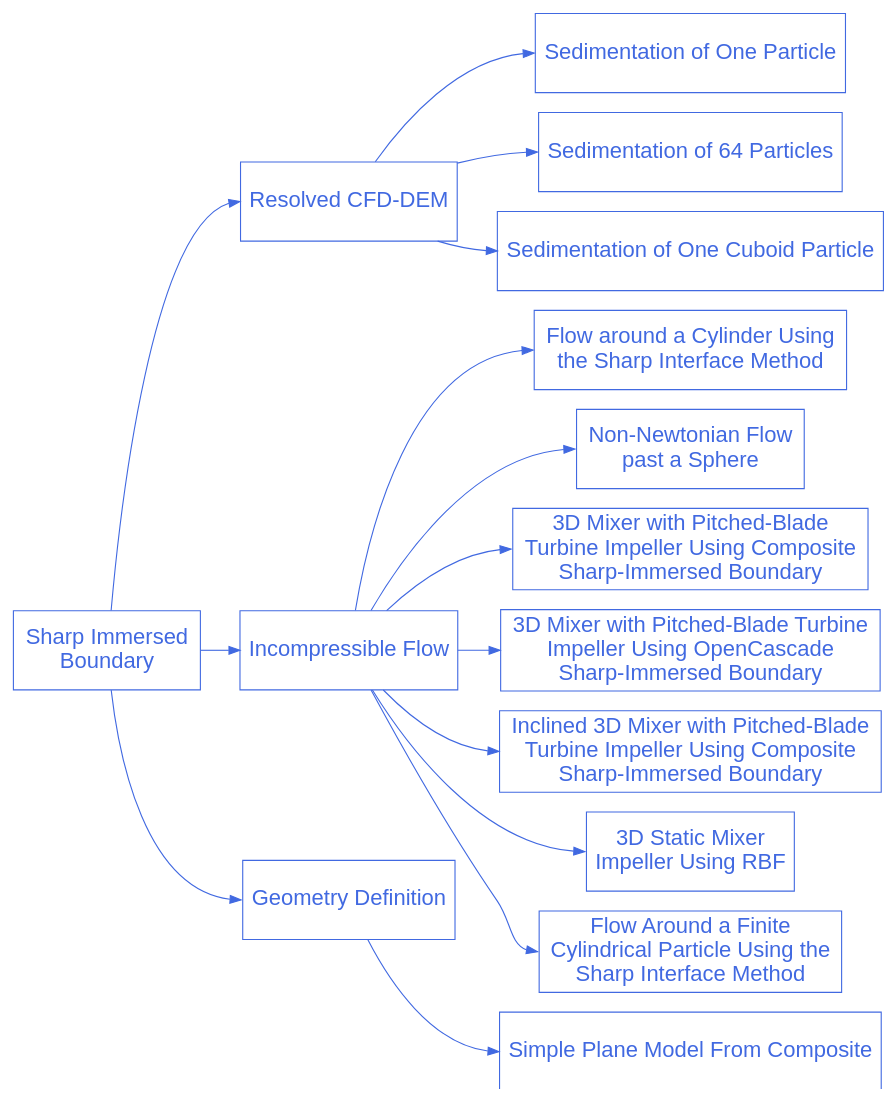
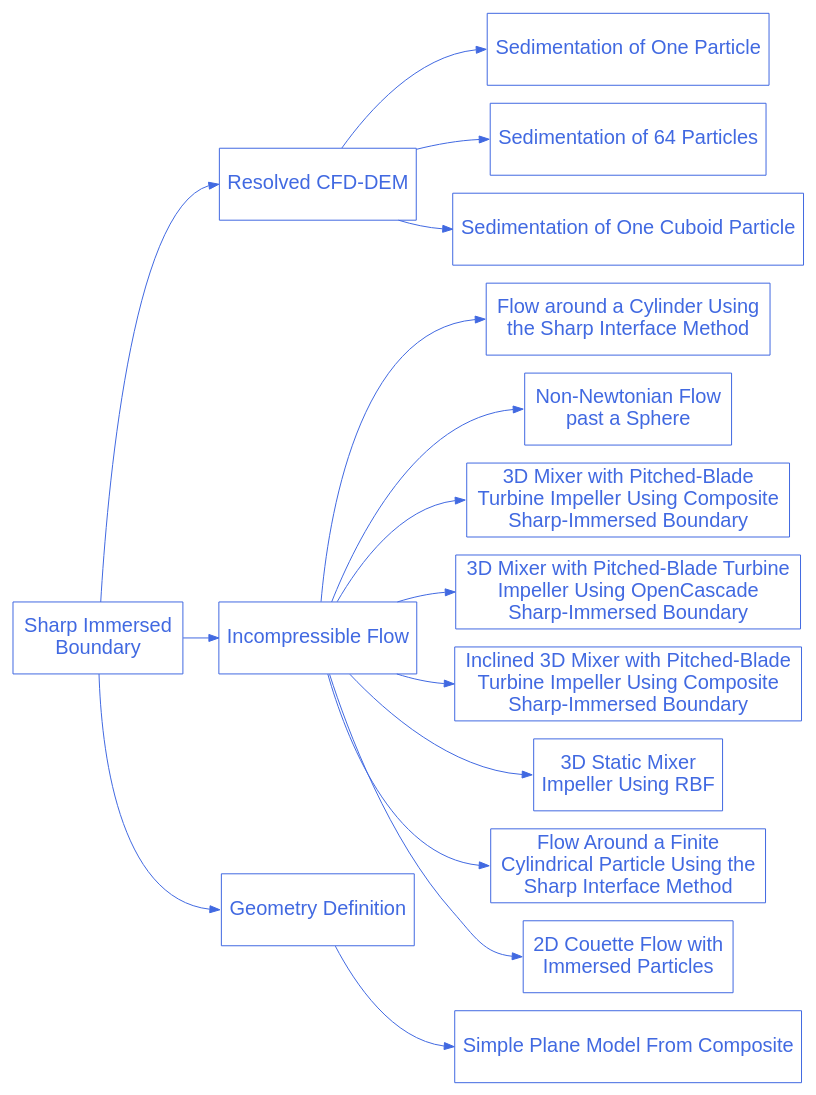
Before and after one commit to chaos-polymtl/lethe: the diagram in doc/source/examples/sharp-immersed-boundary/sharp-immersed-boundary.rst, drawn with Graphviz. The commit also changed 10 other files, not shown here.

First line of the commit message:
Add the Couette immersed-particle example in two and three dimensions.

```diff
--- a/doc/source/examples/sharp-immersed-boundary/sharp-immersed-boundary.rst
+++ b/doc/source/examples/sharp-immersed-boundary/sharp-immersed-boundary.rst
@@ -14,55 +14,57 @@
 .. graphviz:: 
 
     digraph sharp_diagram {
       graph [bgcolor="transparent", align=true];
       node [fontname=Arial, fontsize=20, shape=box, fontcolor=royalblue, color=royalblue, height=1];
       edge [color=royalblue];
       rankdir="LR";
       size = "9,9";
 
       sharp_immersed_boundary_solver [label="Sharp Immersed \nBoundary", href="https://chaos-polymtl.github.io/lethe/documentation/examples/sharp-immersed-boundary/sharp-immersed-boundary.html"];
 
       sharp_1 [label="Resolved CFD-DEM", href="https://chaos-polymtl.github.io/lethe/documentation/examples/sharp-immersed-boundary/resolved-cfd-dem.html"];
 
       sharp_1_1 [label="Sedimentation of One Particle", href="https://chaos-polymtl.github.io/lethe/documentation/examples/sharp-immersed-boundary/sedimentation-1-particle/sedimentation-1-particle.html"];
 
       sharp_1_2 [label="Sedimentation of 64 Particles", href="https://chaos-polymtl.github.io/lethe/documentation/examples/sharp-immersed-boundary/sedimentation-64-particles/sedimentation-64-particles.html"];
 
       sharp_1_3 [label="Sedimentation of One Cuboid Particle", href="https://chaos-polymtl.github.io/lethe/documentation/examples/sharp-immersed-boundary/sedimentation-1-cuboid/sedimentation-1-cuboid.html"];
 
       sharp_2 [label="Incompressible Flow", href="https://chaos-polymtl.github.io/lethe/documentation/examples/sharp-immersed-boundary/incompressible-flow.html"];
 
       sharp_2_1 [label="Flow around a Cylinder Using \nthe Sharp Interface Method", href="https://chaos-polymtl.github.io/lethe/documentation/examples/sharp-immersed-boundary/cylinder-with-sharp-interface/cylinder-with-sharp-interface.html", tooltip="Flow around a cylinder using the sharp interface method"];
 
       sharp_2_2 [label="Non-Newtonian Flow \npast a Sphere", href="https://chaos-polymtl.github.io/lethe/documentation/examples/sharp-immersed-boundary/sphere-carreau-with-sharp-interface/sphere-carreau-with-sharp-interface.html", tooltip="Non-Newtonian flow past a sphere"];
 
       sharp_2_3 [label="3D Mixer with Pitched-Blade \nTurbine Impeller Using Composite \nSharp-Immersed Boundary", href="https://chaos-polymtl.github.io/lethe/documentation/examples/sharp-immersed-boundary/3d-composite-mixer-with-pbt-impeller/3d-composite-mixer-with-pbt-impeller.html", tooltip="3D Mixer with pitched-blade turbine impeller using Composite Sharp-immersed boundary"];
 
       sharp_2_4 [label="3D Mixer with Pitched-Blade Turbine \nImpeller Using OpenCascade \nSharp-Immersed Boundary", href="https://chaos-polymtl.github.io/lethe/documentation/examples/sharp-immersed-boundary/3d-opencascade-mixer-with-pbt-impeller/3d-opencascade-mixer-with-pbt-impeller.html", tooltip="3D Mixer with pitched-blade turbine impeller using OpenCascade Sharp-immersed boundary"];
 
       sharp_2_5 [label="Inclined 3D Mixer with Pitched-Blade \nTurbine Impeller Using Composite \nSharp-Immersed Boundary", href="https://chaos-polymtl.github.io/lethe/documentation/examples/sharp-immersed-boundary/inclined-3d-composite-mixer-with-pbt-impeller/inclined-3d-composite-mixer-with-pbt-impeller.html", tooltip="Inclined 3D mixer with pitched-blade turbine impeller using composite sharp-immersed boundary"];
 
       sharp_2_6 [label="3D Static Mixer \nImpeller Using RBF", href="https://chaos-polymtl.github.io/lethe/documentation/examples/sharp-immersed-boundary/3d-rbf-static-mixer/3d-rbf-static-mixer.html", tooltip="3D Static Mixer Impeller Using RBF Sharp-immersed boundary"];
 
-      sharp_2_7 [label="Flow Around a Finite \nCylindrical Particle Using the \nSharp Interface Method", href="https://chaos-polymtl.github.io/lethe/documentation/examples/sharp-immersed-boundary/cylindrical-particle-drag-evaluation-with-sharp-interface/cylindrical-particle-drag-evaluation-with-sharp-interface.html", tooltip = "Flow Around a finite cylindrical particle using the sharp interface method"]
+      sharp_2_7 [label="Flow Around a Finite \nCylindrical Particle Using the \nSharp Interface Method", href="https://chaos-polymtl.github.io/lethe/documentation/examples/sharp-immersed-boundary/cylindrical-particle-drag-evaluation-with-sharp-interface/cylindrical-particle-drag-evaluation-with-sharp-interface.html", tooltip = "Flow Around a finite cylindrical particle using the sharp interface method"];
+      sharp_2_8 [label="2D Couette Flow with \nImmersed Particles", href="https://chaos-polymtl.github.io/lethe/documentation/examples/sharp-immersed-boundary/couette-2d-3d/couette-2d-3d.html", tooltip="2D Couette flow with immersed particles"];
 
       sharp_3 [label="Geometry Definition", href="https://chaos-polymtl.github.io/lethe/documentation/examples/sharp-immersed-boundary/geometry-definition.html"];
 
       sharp_3_1 [label="Simple Plane Model From Composite", href="https://chaos-polymtl.github.io/lethe/documentation/examples/sharp-immersed-boundary/simple-plane-model-from-composite/simple-plane-model-from-composite.html", tooltip="Simple Plane Model From Composite"];
 
       sharp_immersed_boundary_solver -> sharp_1:w;
       sharp_immersed_boundary_solver -> sharp_2:w;
       sharp_immersed_boundary_solver -> sharp_3:w;
 
       sharp_1 -> sharp_1_1:w;
       sharp_1 -> sharp_1_2:w;
       sharp_1 -> sharp_1_3:w;
       sharp_2 -> sharp_2_1:w;
       sharp_2 -> sharp_2_2:w;
       sharp_2 -> sharp_2_3:w;
       sharp_2 -> sharp_2_4:w;
       sharp_2 -> sharp_2_5:w;
       sharp_2 -> sharp_2_6:w;
       sharp_2 -> sharp_2_7:w;
+      sharp_2 -> sharp_2_8:w;
       sharp_3 -> sharp_3_1:w;
     }
```
